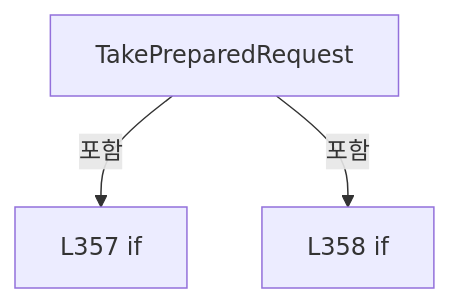
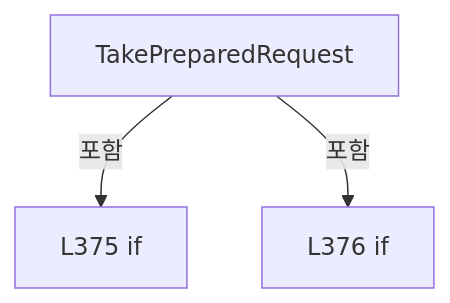
One commit to kjuws10-rgb/Shared changed diagram 15 of 22 in A3 LD Code Ref/files/Drilling.Common/Correction/CAlignInterpolation.cs.md. Above: the diagram before and after it, drawn with Mermaid. The commit also changed other lines of this file and 2071 other files, not shown here.

Commit message:
docs(a3): update 11.19.0 architecture and code reference

````diff
--- a/A3 LD Code Ref/files/Drilling.Common/Correction/CAlignInterpolation.cs.md
+++ b/A3 LD Code Ref/files/Drilling.Common/Correction/CAlignInterpolation.cs.md
@@ -2932,8 +3025,8 @@
 ```mermaid
 flowchart TD
  M["TakePreparedRequest"]
- N0["L357 if"]
+ N0["L375 if"]
  M -->|포함| N0
- N1["L358 if"]
+ N1["L376 if"]
  M -->|포함| N1
 ```
````
